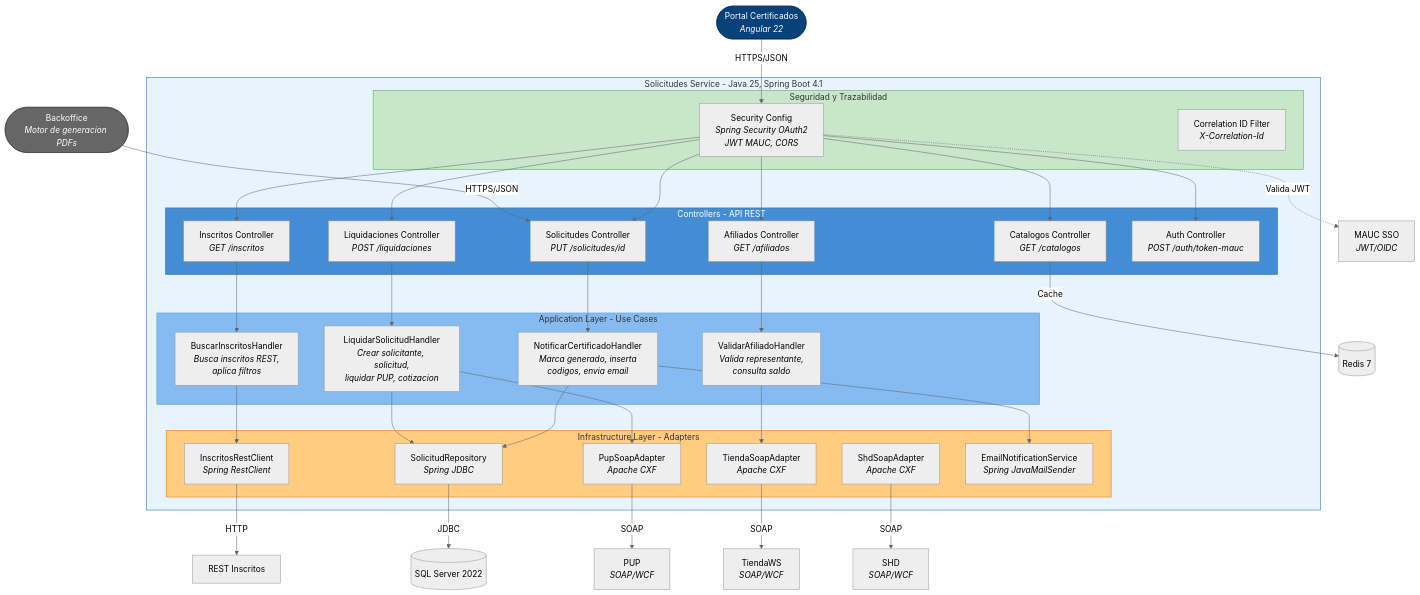
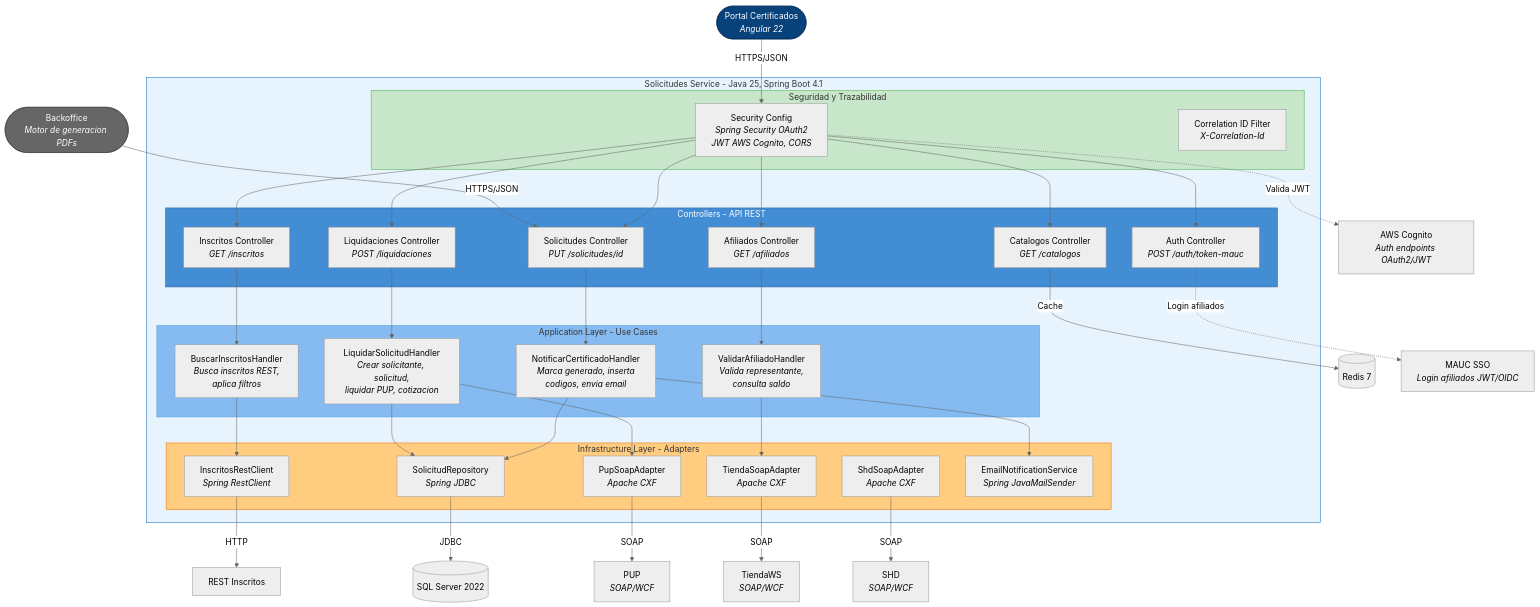
Before and after one commit to LIDR-academy/AI4Devs-finalproject: the ninth of 12 diagrams in docs/PRD_CERTIFICADOS_ELECTRONICOS.md, drawn with Mermaid (neutral theme). The commit also changed other lines of this file and 72 other files, not shown here.

````diff
--- a/docs/PRD_CERTIFICADOS_ELECTRONICOS.md
+++ b/docs/PRD_CERTIFICADOS_ELECTRONICOS.md
@@ -1073,78 +1080,80 @@
 ```mermaid
 flowchart TB
     portalCert(["Portal Certificados<br/><i>Angular 22</i>"])
     backoffice(["Backoffice<br/><i>Motor de generacion PDFs</i>"])
 
     subgraph solicitudes["Solicitudes Service - Java 25, Spring Boot 4.1"]
         subgraph filters["Seguridad y Trazabilidad"]
-            securityFilter["Security Config<br/><i>Spring Security OAuth2<br/>JWT MAUC, CORS</i>"]
+            securityFilter["Security Config<br/><i>Spring Security OAuth2<br/>JWT AWS Cognito, CORS</i>"]
             correlationFilter["Correlation ID Filter<br/><i>X-Correlation-Id</i>"]
         end
 
         subgraph controllers["Controllers - API REST"]
             inscritosCtrl["Inscritos Controller<br/><i>GET /inscritos</i>"]
             liquidacionCtrl["Liquidaciones Controller<br/><i>POST /liquidaciones</i>"]
             solicitudCtrl["Solicitudes Controller<br/><i>PUT /solicitudes/id</i>"]
             catalogosCtrl["Catalogos Controller<br/><i>GET /catalogos</i>"]
             afiliadosCtrl["Afiliados Controller<br/><i>GET /afiliados</i>"]
             authCtrl["Auth Controller<br/><i>POST /auth/token-mauc</i>"]
         end
 
         subgraph handlers["Application Layer - Use Cases"]
             liquidarHandler["LiquidarSolicitudHandler<br/><i>Crear solicitante, solicitud,<br/>liquidar PUP, cotizacion</i>"]
             notificarHandler["NotificarCertificadoHandler<br/><i>Marca generado, inserta<br/>codigos, envia email</i>"]
             buscarHandler["BuscarInscritosHandler<br/><i>Busca inscritos REST,<br/>aplica filtros</i>"]
             afiliadoHandler["ValidarAfiliadoHandler<br/><i>Valida representante,<br/>consulta saldo</i>"]
         end
 
         subgraph infra["Infrastructure Layer - Adapters"]
             solicitudRepo["SolicitudRepository<br/><i>Spring JDBC</i>"]
             pupAdapter["PupSoapAdapter<br/><i>Apache CXF</i>"]
             tiendaAdapter["TiendaSoapAdapter<br/><i>Apache CXF</i>"]
             shdAdapter["ShdSoapAdapter<br/><i>Apache CXF</i>"]
             inscritosClient["InscritosRestClient<br/><i>Spring RestClient</i>"]
             emailService["EmailNotificationService<br/><i>Spring JavaMailSender</i>"]
         end
     end
 
     sqlServer[("SQL Server 2022")]
     redis[("Redis 7")]
     pup["PUP<br/><i>SOAP/WCF</i>"]
     tiendaWS["TiendaWS<br/><i>SOAP/WCF</i>"]
     shd["SHD<br/><i>SOAP/WCF</i>"]
     inscritos["REST Inscritos"]
-    mauc["MAUC SSO<br/><i>JWT/OIDC</i>"]
+    cognito["AWS Cognito<br/><i>Auth endpoints OAuth2/JWT</i>"]
+    mauc["MAUC SSO<br/><i>Login afiliados JWT/OIDC</i>"]
 
     portalCert -- "HTTPS/JSON" --> securityFilter
     backoffice -- "HTTPS/JSON" --> solicitudCtrl
 
     securityFilter --> inscritosCtrl & liquidacionCtrl & solicitudCtrl & catalogosCtrl & afiliadosCtrl & authCtrl
-    securityFilter -. "Valida JWT" .-> mauc
+    securityFilter -. "Valida JWT" .-> cognito
+    authCtrl -. "Login afiliados" .-> mauc
 
     liquidacionCtrl --> liquidarHandler
     solicitudCtrl --> notificarHandler
     inscritosCtrl --> buscarHandler
     afiliadosCtrl --> afiliadoHandler
 
     liquidarHandler --> solicitudRepo
     liquidarHandler --> pupAdapter
     notificarHandler --> solicitudRepo
     notificarHandler --> emailService
     buscarHandler --> inscritosClient
     afiliadoHandler --> tiendaAdapter
 
     solicitudRepo -- "JDBC" --> sqlServer
     catalogosCtrl -- "Cache" --> redis
     pupAdapter -- "SOAP" --> pup
     tiendaAdapter -- "SOAP" --> tiendaWS
     shdAdapter -- "SOAP" --> shd
     inscritosClient -- "HTTP" --> inscritos
 
     style solicitudes fill:#e8f4fd,stroke:#1168bd
     style filters fill:#c8e6c9,stroke:#4caf50
     style controllers fill:#438dd5,stroke:#2e6295,color:#fff
     style handlers fill:#85bbf0,stroke:#5a9bd5
     style infra fill:#ffcc80,stroke:#ef6c00
     style portalCert fill:#08427b,stroke:#052e56,color:#fff
     style backoffice fill:#666,stroke:#444,color:#fff
 ```
````
